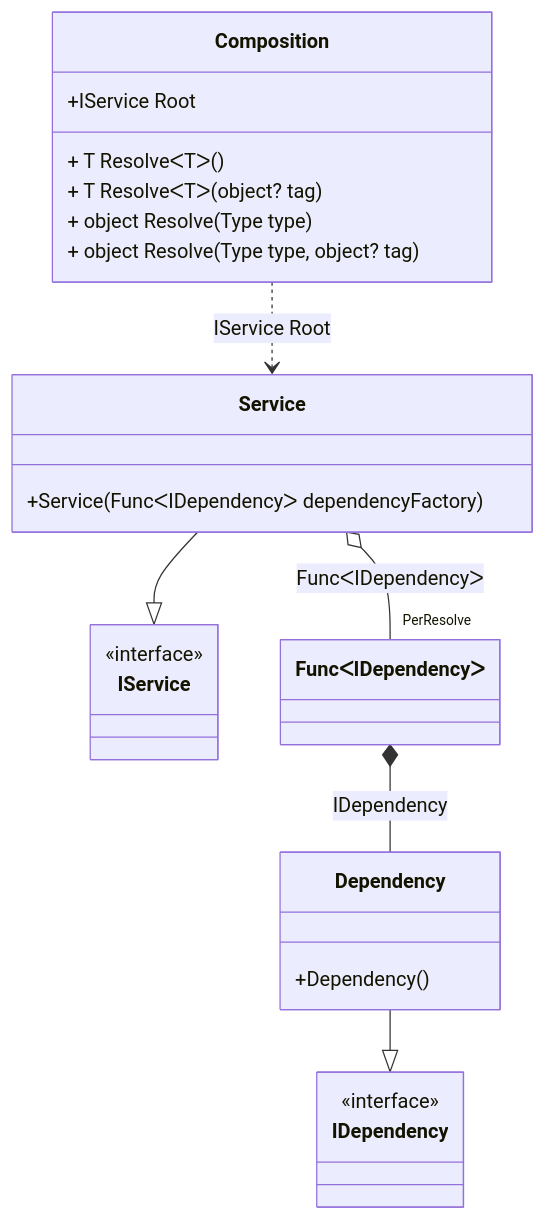
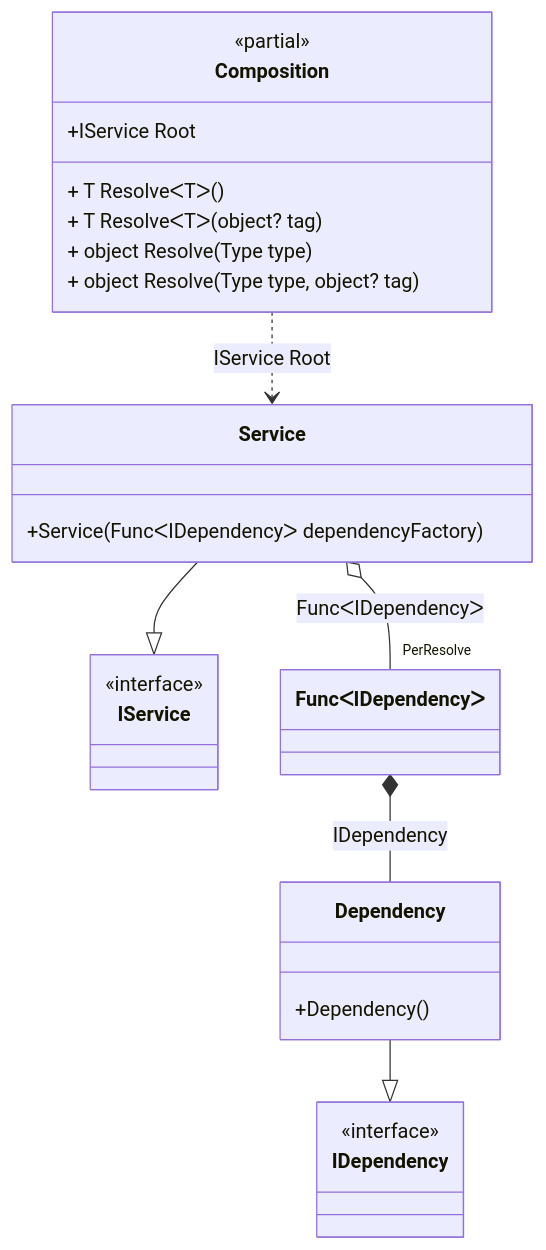
Before and after one commit to DevTeam/Pure.DI: the diagram in readme/func.md, drawn with Mermaid. The commit also changed 74 other files, not shown here.

Commit message:
Improved class diagram

````diff
--- a/readme/func.md
+++ b/readme/func.md
@@ -44,28 +44,29 @@
 ```mermaid
 classDiagram
 	class Composition {
+		<<partial>>
 		+IService Root
 		+ T ResolveᐸTᐳ()
 		+ T ResolveᐸTᐳ(object? tag)
 		+ object Resolve(Type type)
 		+ object Resolve(Type type, object? tag)
 	}
 	Dependency --|> IDependency : 
 	class Dependency {
 		+Dependency()
 	}
 	Service --|> IService : 
 	class Service {
 		+Service(FuncᐸIDependencyᐳ dependencyFactory)
 	}
 	class FuncᐸIDependencyᐳ
 	class IDependency {
 		<<interface>>
 	}
 	class IService {
 		<<interface>>
 	}
-	Service o--  "PerResolve" FuncᐸIDependencyᐳ : FuncᐸIDependencyᐳ
+	Service o-- "PerResolve" FuncᐸIDependencyᐳ : FuncᐸIDependencyᐳ
 	Composition ..> Service : IService Root
 	FuncᐸIDependencyᐳ *--  Dependency : IDependency
 ```
````
